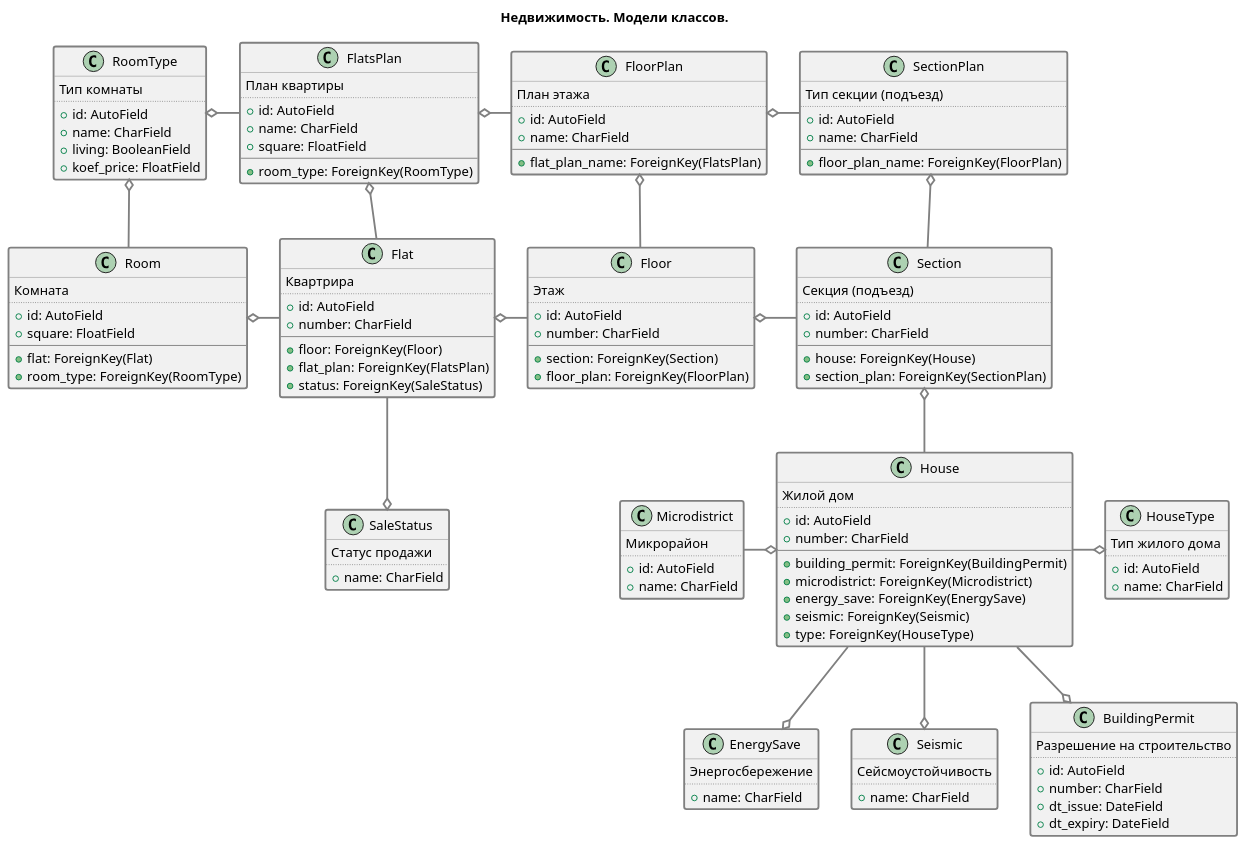
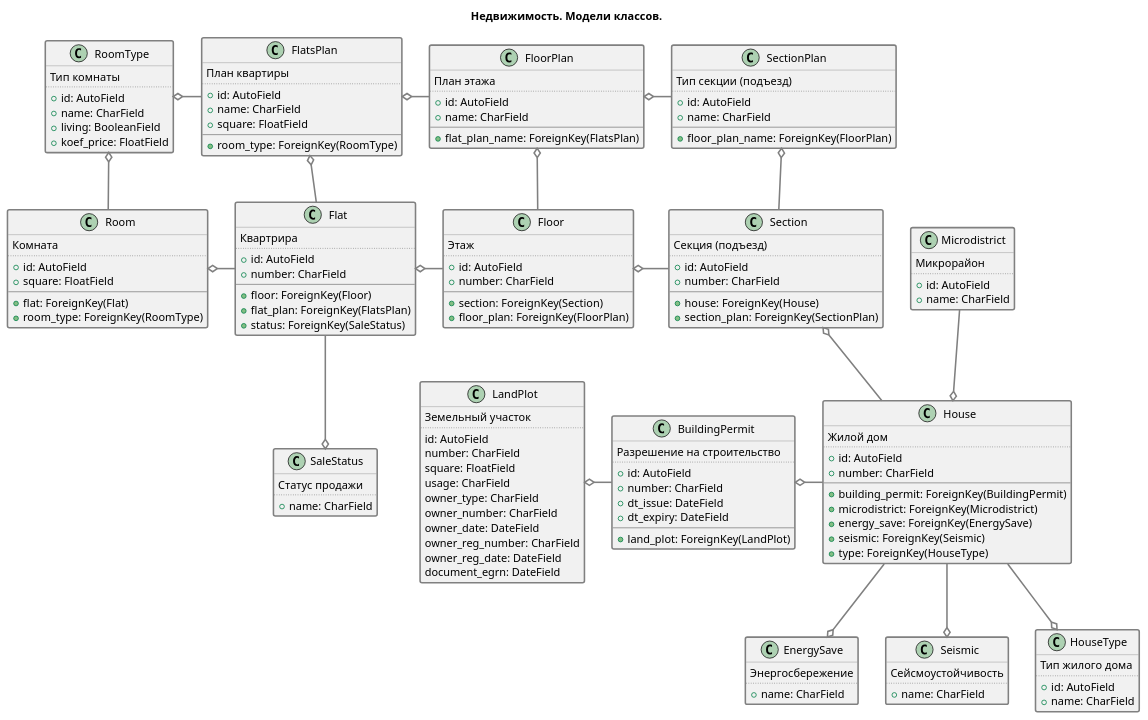
Before and after one commit to TOP-Python328/Grechishnyj_diploma: the diagram in doc/plantuml/flats.puml, drawn with PlantUML. The commit also changed 30 other files, not shown here.

```diff
--- a/doc/plantuml/flats.puml
+++ b/doc/plantuml/flats.puml
@@ -1,163 +1,181 @@
 @startuml
 
-scale 1920*1080
+
 hide class empty members
 
 title 
 	Недвижимость. Модели классов. 
 end title
   
 class EnergySave ##[bold]grey{
     Энергосбережение
 	..
 	+ name: CharField
 }
 
 class Seismic ##[bold]grey{
     Сейсмоустойчивость
 	..
 	+ name: CharField
 }
 
 class SaleStatus ##[bold]grey{
     Статус продажи
 	..
 	+ name: CharField
 }
 
+class LandPlot ##[bold]grey{
+    Земельный участок
+	..
+    id: AutoField
+    number: CharField
+    square: FloatField
+    usage: CharField
+    owner_type: CharField
+    owner_number: CharField
+    owner_date: DateField
+    owner_reg_number: CharField
+    owner_reg_date: DateField
+    document_egrn: DateField
+}
+
 class BuildingPermit ##[bold]grey{
     Разрешение на строительство
 	..
 	+ id: AutoField
 	+ number: CharField
 	+ dt_issue: DateField
 	+ dt_expiry: DateField
+	--
+	+ land_plot: ForeignKey(LandPlot)
 }
 
 class HouseType ##[bold]grey{
     Тип жилого дома
 	..
 	+ id: AutoField
 	+ name: CharField
 }
 
 class Microdistrict ##[bold]grey{
     Микрорайон
 	..
 	+ id: AutoField
 	+ name: CharField
 }
 
 class House ##[bold]grey{
     Жилой дом
 	..
 	+ id: AutoField
 	+ number: CharField
 	--
 	+ building_permit: ForeignKey(BuildingPermit)
 	+ microdistrict: ForeignKey(Microdistrict)
 	+ energy_save: ForeignKey(EnergySave)
 	+ seismic: ForeignKey(Seismic)
 	+ type: ForeignKey(HouseType)
 }
 
 class SectionPlan ##[bold]grey{
     Тип секции (подъезд)
 	..
 	+ id: AutoField
 	+ name: CharField
 	--
 	+ floor_plan_name: ForeignKey(FloorPlan)
 }
 
 class Section ##[bold]grey{
     Секция (подъезд)
 	..
 	+ id: AutoField
 	+ number: CharField
 	--
 	+ house: ForeignKey(House)
 	+ section_plan: ForeignKey(SectionPlan)
 }
 
 class FloorPlan ##[bold]grey{
     План этажа
 	..
 	+ id: AutoField
 	+ name: CharField
 	--
 	+ flat_plan_name: ForeignKey(FlatsPlan)
 }
 
 class Floor ##[bold]grey{
     Этаж
 	..
 	+ id: AutoField
 	+ number: CharField
 	--
 	+ section: ForeignKey(Section)
 	+ floor_plan: ForeignKey(FloorPlan)
 }
 
 class RoomType ##[bold]grey{
     Тип комнаты
 	..
 	+ id: AutoField
 	+ name: CharField
 	+ living: BooleanField
 	+ koef_price: FloatField
 }
 
 class Room ##[bold]grey{
     Комната
 	..
     + id: AutoField
     + square: FloatField
 	--
     + flat: ForeignKey(Flat)
     + room_type: ForeignKey(RoomType)
 }
 
 class FlatsPlan ##[bold]grey{
     План квартиры
 	..
 	+ id: AutoField
 	+ name: CharField
 	+ square: FloatField
 	--
 	+ room_type: ForeignKey(RoomType)
 }
 
 class Flat ##[bold]grey{
     Квартрира
 	..
 	+ id: AutoField
 	+ number: CharField
 	--
 	+ floor: ForeignKey(Floor)
 	+ flat_plan: ForeignKey(FlatsPlan)
 	+ status: ForeignKey(SaleStatus)
 }
 
-FlatsPlan    -[#grey,bold]l-o  RoomType 
-FloorPlan    -[#grey,bold]l-o  FlatsPlan
-SectionPlan  -[#grey,bold]l-o  FloorPlan
+FlatsPlan      -[#grey,bold]l-o  RoomType 
+FloorPlan      -[#grey,bold]l-o  FlatsPlan
+SectionPlan    -[#grey,bold]l-o  FloorPlan
 
-RoomType    o-[#grey,bold]-    Room
-FlatsPlan   o-[#grey,bold]-    Flat
-FloorPlan   o-[#grey,bold]-    Floor
-SectionPlan o-[#grey,bold]-    Section
+RoomType      o-[#grey,bold]-    Room
+FlatsPlan     o-[#grey,bold]-    Flat
+FloorPlan     o-[#grey,bold]-    Floor
+SectionPlan   o-[#grey,bold]-    Section
 
-Room        o-[#grey,bold]r-   Flat
-Flat        o-[#grey,bold]r-   Floor
-Floor       o-[#grey,bold]r-   Section
-Section     o-[#grey,bold]d-   House   
+Room          o-[#grey,bold]r-   Flat
+Flat          o-[#grey,bold]r-   Floor
+Floor         o-[#grey,bold]r-   Section
+Section       o-[#grey,bold]d-   House   
 
-Flat         -[#grey,bold]d-o  SaleStatus
-House        -[#grey,bold]d-o  EnergySave
-House        -[#grey,bold]d-o  Seismic
-House        -[#grey,bold]d-o  BuildingPermit
-House        -[#grey,bold]r-o  HouseType
-House       o-[#grey,bold]l-   Microdistrict
+Flat           -[#grey,bold]d-o  SaleStatus
+BuildingPermit -[#grey,bold]l-o  LandPlot
+House          -[#grey,bold]l-o  BuildingPermit
+House          -[#grey,bold]d-o  EnergySave
+House          -[#grey,bold]d-o  Seismic
+House          -[#grey,bold]d-o  HouseType
+House         o-[#grey,bold]u-   Microdistrict
 
 @enduml
```
